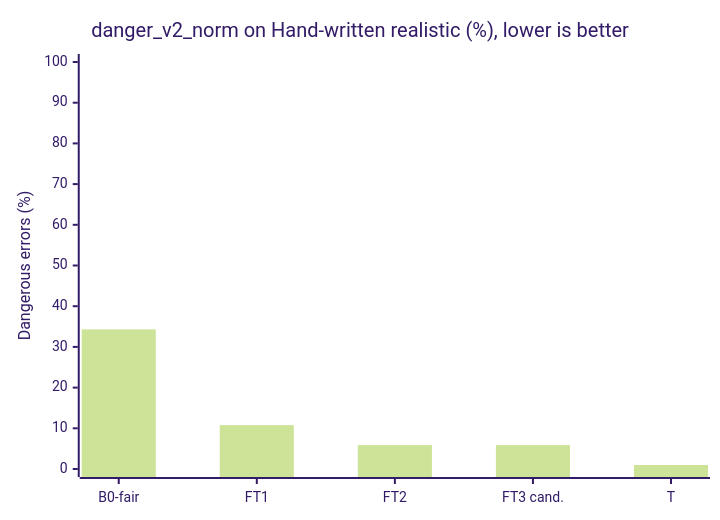
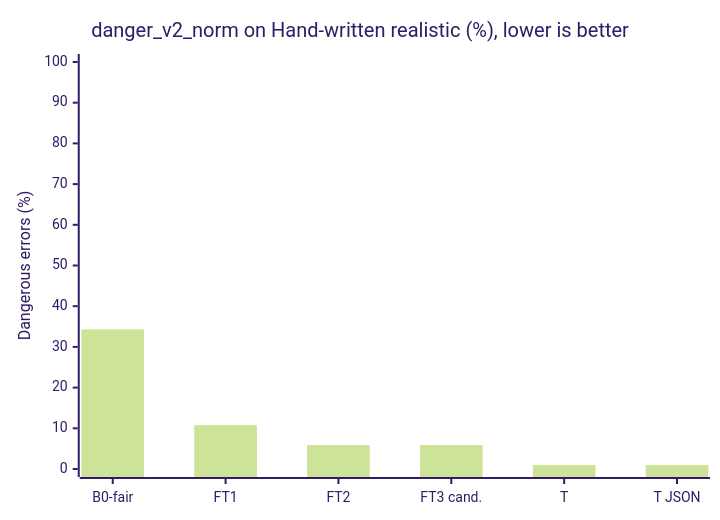
The second of 4 diagrams in eval/results.md (Vedant817/aaji-pill-clerk), drawn with Mermaid (forest theme) before and after one commit. The commit also changed other lines of this file and 15 other files, not shown here.

````diff
--- a/eval/results.md
+++ b/eval/results.md
@@ -180,7 +184,7 @@
 ```mermaid
 xychart-beta
     title "danger_v2_norm on Hand-written realistic (%), lower is better"
-    x-axis ["B0-fair", "FT1", "FT2", "FT3 cand.", "T"]
+    x-axis ["B0-fair", "FT1", "FT2", "FT3 cand.", "T", "T JSON"]
     y-axis "Dangerous errors (%)" 0 --> 100
-    bar [34.31, 10.78, 5.88, 5.88, 0.98]
+    bar [34.31, 10.78, 5.88, 5.88, 0.98, 0.98]
 ```
````
